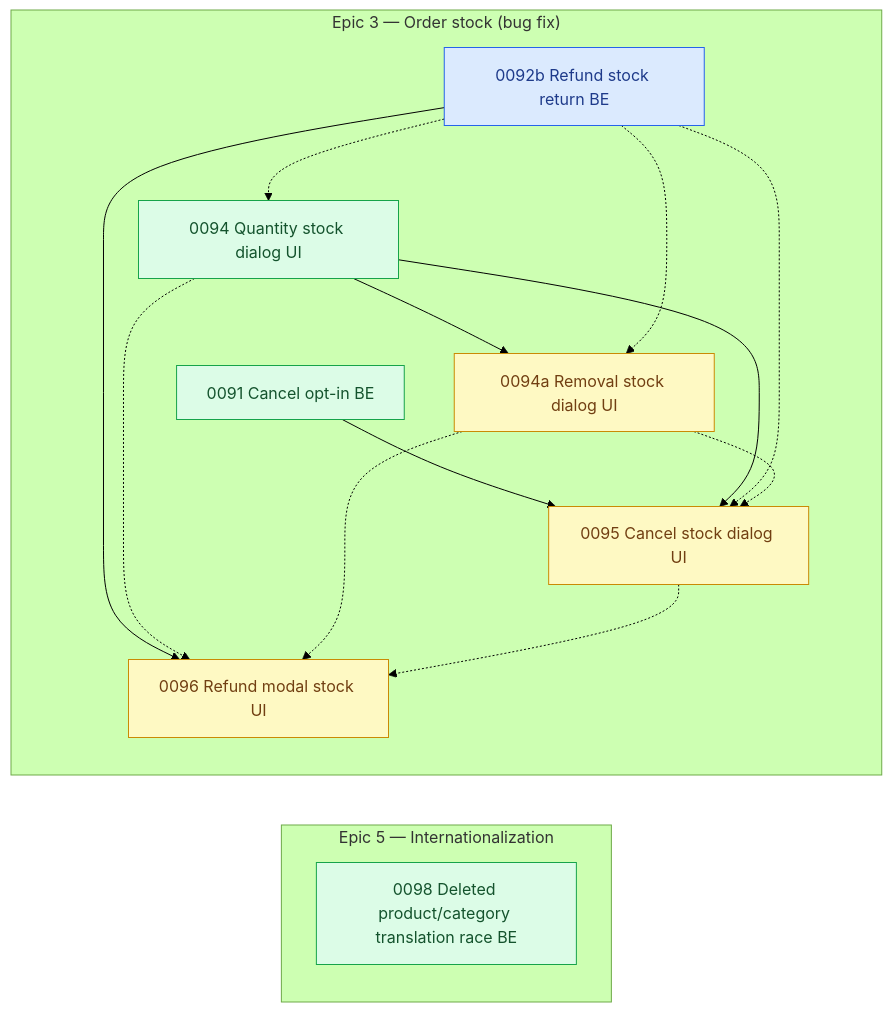
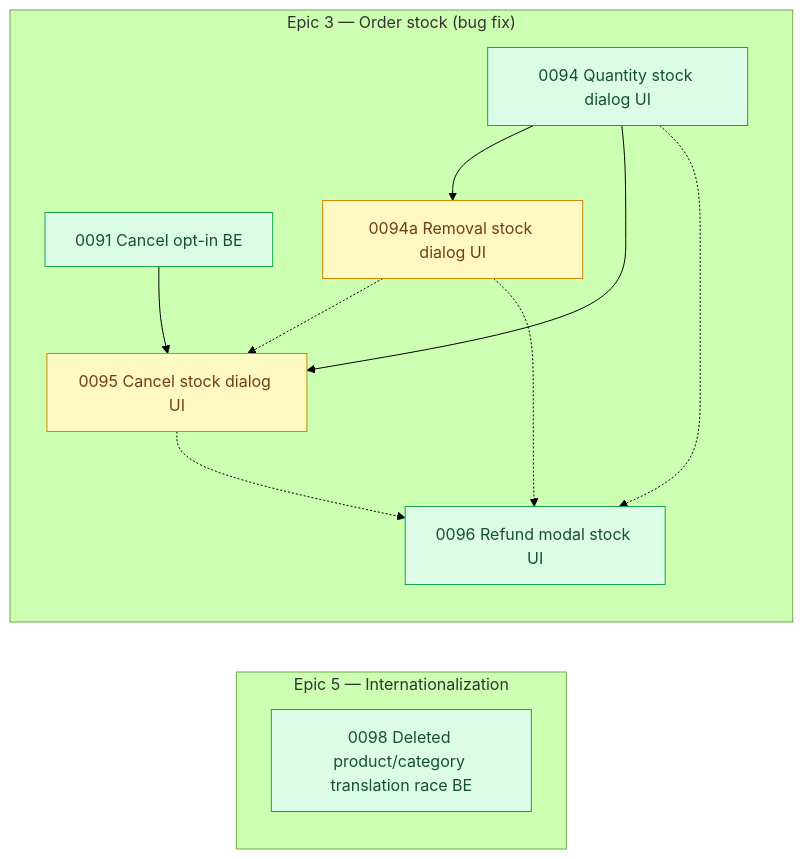
The diagram in arospe/ai-spec/tasks-map.md (shojen/AI4Devs-finalproject), drawn with Mermaid (forest theme) before and after one commit. The commit also changed other lines of this file and 8 other files, not shown here.

```diff
--- a/arospe/ai-spec/tasks-map.md
+++ b/arospe/ai-spec/tasks-map.md
@@ -628,7 +629,6 @@
     subgraph PEND_STOCK["Epic 3 — Order stock (bug fix)"]
         direction TB
         P0091["0091 Cancel opt-in BE"]
-        P0092b["0092b Refund stock return BE"]
         P0094["0094 Quantity stock dialog UI"]
         P0094a["0094a Removal stock dialog UI"]
         P0095["0095 Cancel stock dialog UI"]
@@ -639,17 +639,12 @@
     P0094 --> P0094a
     P0091 --> P0095
     P0094 --> P0095
-    P0092b --> P0096
-    P0092b -.-> P0094
-    P0092b -.-> P0094a
-    P0092b -.-> P0095
     P0094a -.-> P0095
     P0094 -.-> P0096
     P0094a -.-> P0096
     P0095 -.-> P0096
-    class P0091,P0094 ready;
-    class P0092b claimed;
-    class P0094a,P0095,P0096 pending;
+    class P0091,P0094,P0096 ready;
+    class P0094a,P0095 pending;
 
     %% Standalone (no PRD epic)
     %% (P0082's own node dropped: 0082 closed to done/ this pass, per the update at the top of this file.)
```
